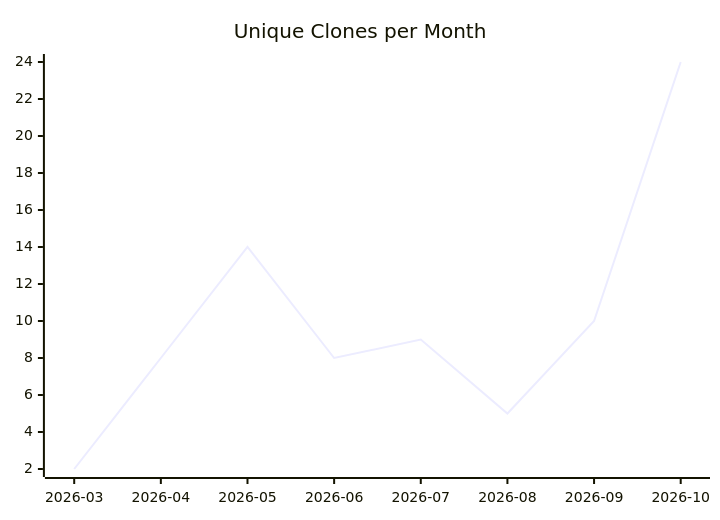
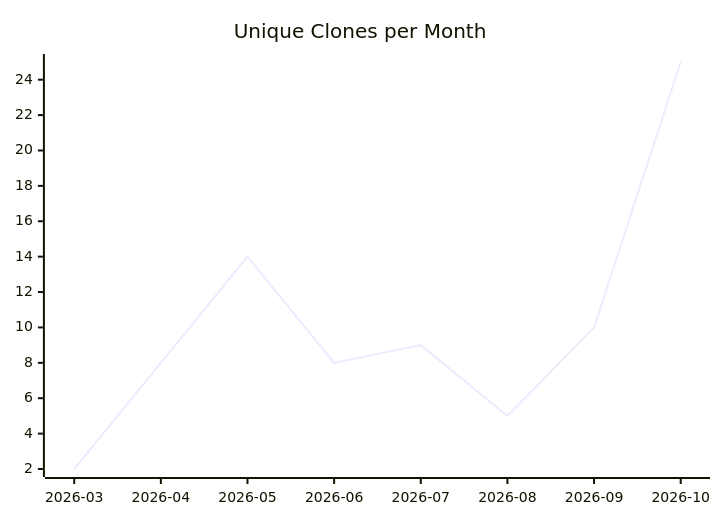
One commit to justdavis-family/github-analytics-data changed the third of 3 diagrams in karlmdavis/kobjects/README.md. Above: the diagram before and after it, drawn with Mermaid. The commit also changed other lines of this file and 202 other files, not shown here.

````diff
--- a/karlmdavis/kobjects/README.md
+++ b/karlmdavis/kobjects/README.md
@@ -19,6 +19,6 @@
 ```mermaid
 xychart-beta
   title "Unique Clones per Month"
   x-axis ["2026-03", "2026-04", "2026-05", "2026-06", "2026-07", "2026-08", "2026-09", "2026-10"]
-  line [2, 8, 14, 8, 9, 5, 10, 24]
+  line [2, 8, 14, 8, 9, 5, 10, 25]
 ```
````
